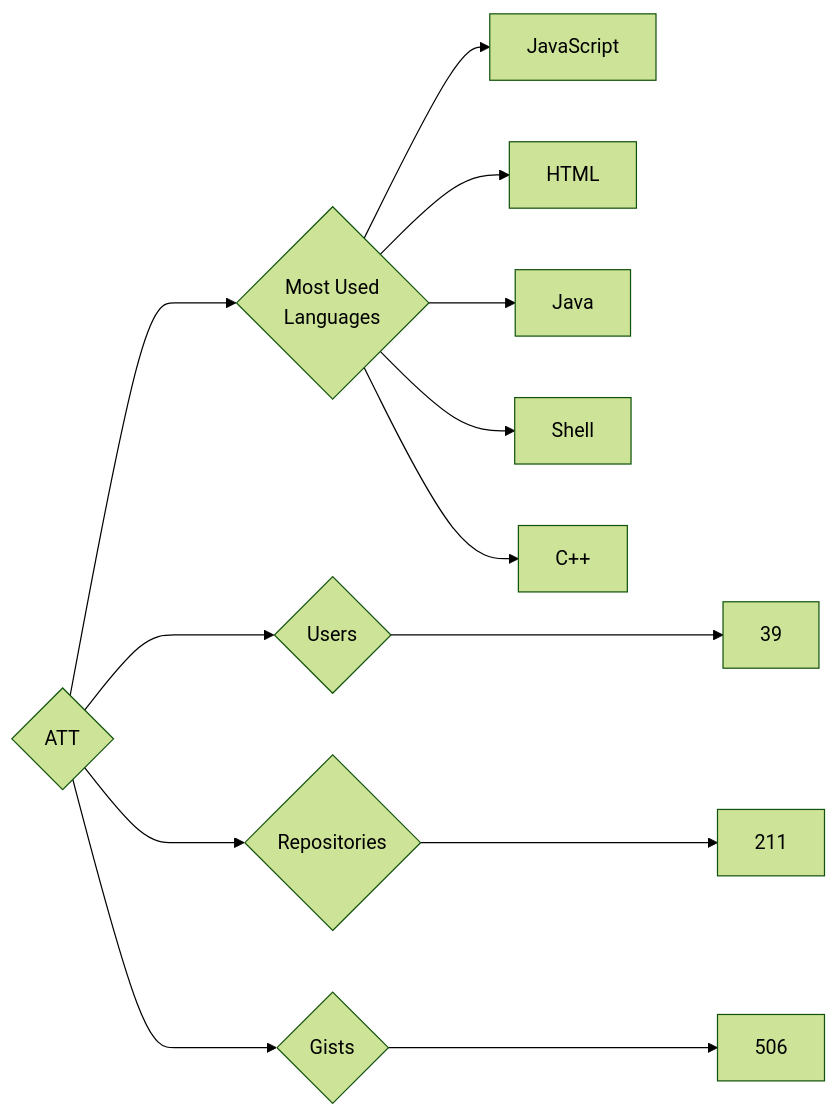
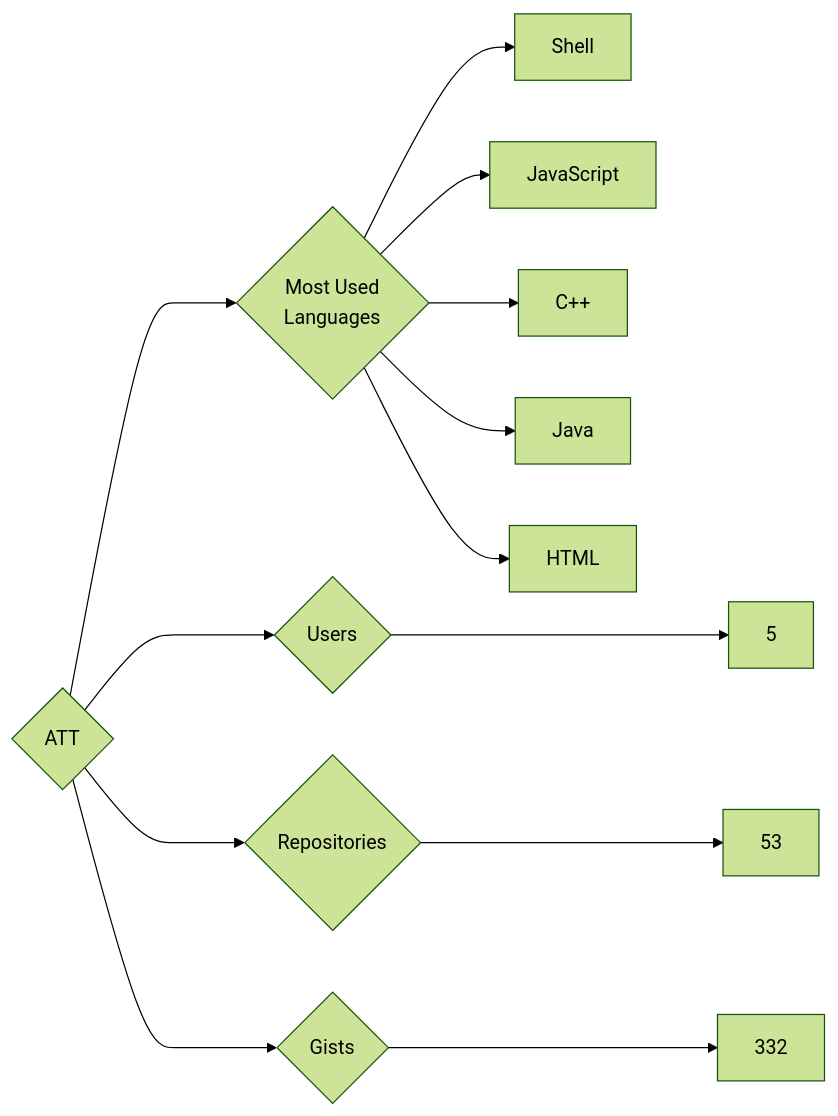
Before and after one commit to trickest/insiders: the diagram in targets/ATT/README.md, drawn with Mermaid (forest theme). The commit also changed 951 other files, not shown here.

````diff
--- a/targets/ATT/README.md
+++ b/targets/ATT/README.md
@@ -3,13 +3,13 @@
 ```mermaid
 graph LR
 COMPANY_NAME{ATT}
-COMPANY_NAME ---> U{Users} ---> UN[39]
-COMPANY_NAME ---> R{Repositories} ---> RN[211]
-COMPANY_NAME ---> G{Gists} ---> GN[506]
+COMPANY_NAME ---> U{Users} ---> UN[5]
+COMPANY_NAME ---> R{Repositories} ---> RN[53]
+COMPANY_NAME ---> G{Gists} ---> GN[332]
 COMPANY_NAME ---> ML{Most Used<br>Languages}
-ML --> JavaScript
-ML --> HTML
-ML --> Java
-ML --> Shell
-ML --> C++
+ML --> Shell[Shell]
+ML --> JavaScript[JavaScript]
+ML --> C++[C++]
+ML --> Java[Java]
+ML --> HTML[HTML]
 ```
````
